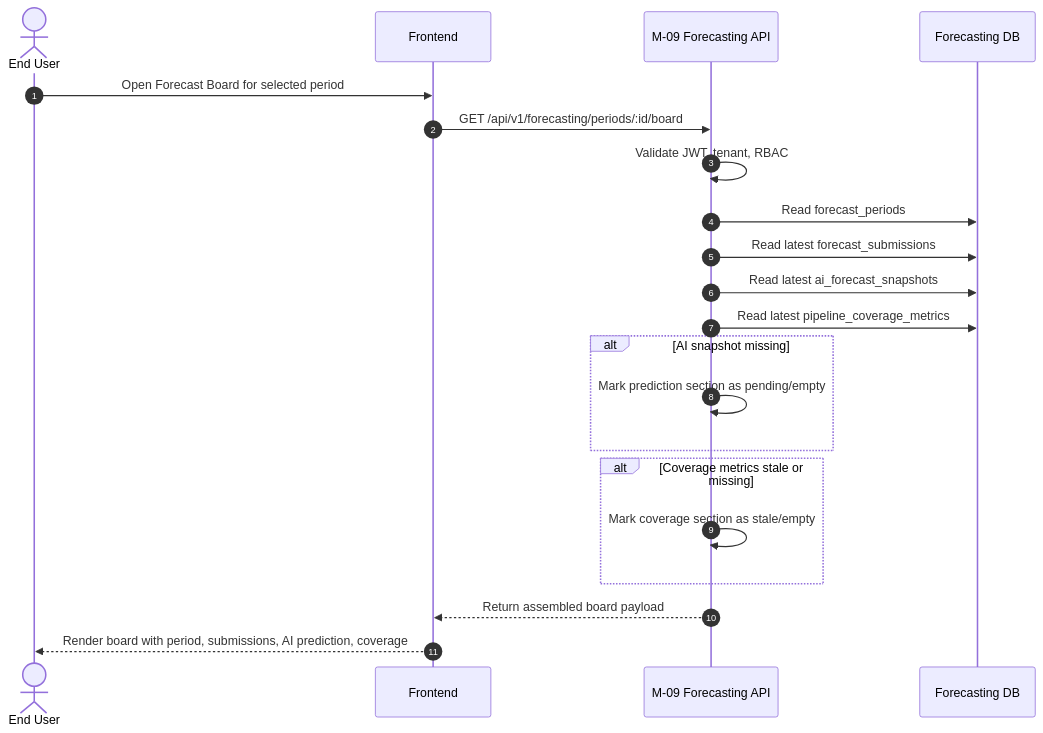
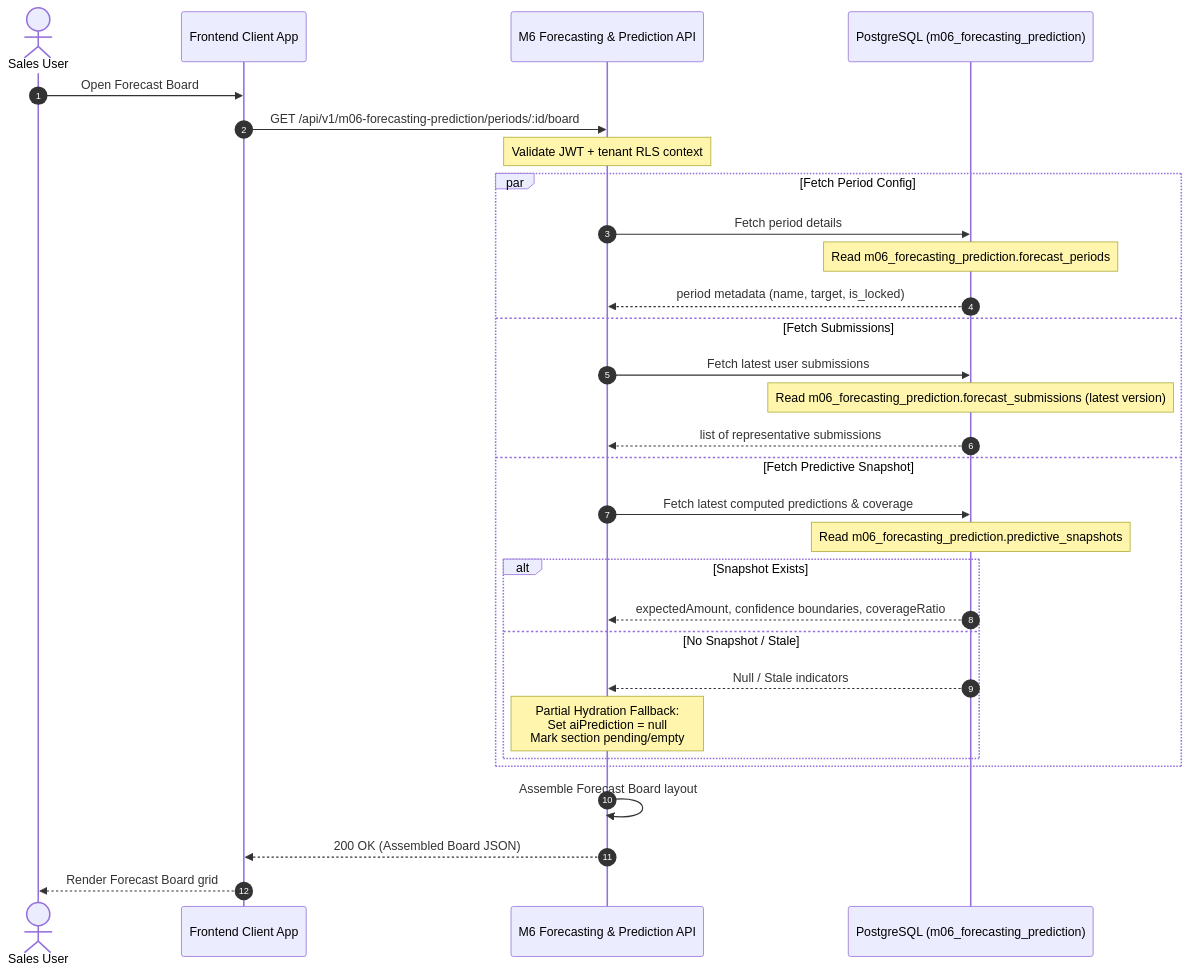
Before and after one commit to PoojaTiwari09/FB-and-RP-Fixes: the fourth of 4 diagrams in Reference documents/M6 Forecasting & Prediction/Sequence Diagrams for M6.md, drawn with Mermaid. The commit also changed other lines of this file and 79 other files, not shown here.

````diff
--- a/Reference documents/M6 Forecasting & Prediction/Sequence Diagrams for M6.md
+++ b/Reference documents/M6 Forecasting & Prediction/Sequence Diagrams for M6.md
@@ -288,27 +175,35 @@
 ```mermaid
 sequenceDiagram
     autonumber
-    actor User as End User
-    participant FE as Frontend
-    participant API as M-09 Forecasting API
-    participant DB as Forecasting DB
+    actor User as Sales User
+    participant FE as Frontend Client App
+    participant M6 as M6 Forecasting & Prediction API
+    participant DB as PostgreSQL (m06_forecasting_prediction)
 
-    User->>FE: Open Forecast Board for selected period
-    FE->>API: GET /api/v1/forecasting/periods/:id/board
-    API->>API: Validate JWT, tenant, RBAC
-    API->>DB: Read forecast_periods
-    API->>DB: Read latest forecast_submissions
-    API->>DB: Read latest ai_forecast_snapshots
-    API->>DB: Read latest pipeline_coverage_metrics
+    User->>FE: Open Forecast Board
+    FE->>M6: GET /api/v1/m06-forecasting-prediction/periods/:id/board
+    Note over M6: Validate JWT + tenant RLS context
 
-    alt AI snapshot missing
-        API->>API: Mark prediction section as pending/empty
+    par Fetch Period Config
+        M6->>DB: Fetch period details
+        Note over DB: Read m06_forecasting_prediction.forecast_periods
+        DB-->>M6: period metadata (name, target, is_locked)
+    and Fetch Submissions
+        M6->>DB: Fetch latest user submissions
+        Note over DB: Read m06_forecasting_prediction.forecast_submissions (latest version)
+        DB-->>M6: list of representative submissions
+    and Fetch Predictive Snapshot
+        M6->>DB: Fetch latest computed predictions & coverage
+        Note over DB: Read m06_forecasting_prediction.predictive_snapshots
+        alt Snapshot Exists
+            DB-->>M6: expectedAmount, confidence boundaries, coverageRatio
+        else No Snapshot / Stale
+            DB-->>M6: Null / Stale indicators
+            Note over M6: Partial Hydration Fallback:<br/>Set aiPrediction = null<br/>Mark section pending/empty
+        end
     end
 
-    alt Coverage metrics stale or missing
-        API->>API: Mark coverage section as stale/empty
-    end
-
-    API-->>FE: Return assembled board payload
-    FE-->>User: Render board with period, submissions, AI prediction, coverage
+    M6->>M6: Assemble Forecast Board layout
+    M6-->>FE: 200 OK (Assembled Board JSON)
+    FE-->>User: Render Forecast Board grid
 ```
````
